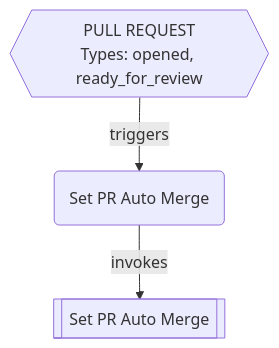
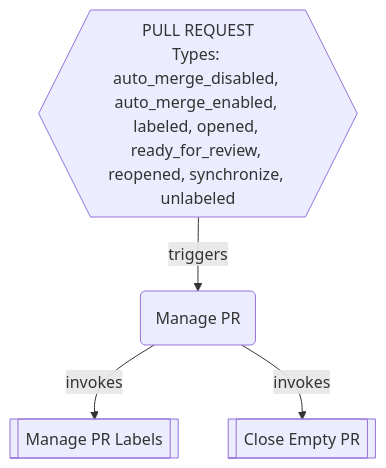
One commit to worgarside/github-config-files changed the first of 5 diagrams in README.md. Above: the diagram before and after it, drawn with Mermaid. The commit also changed other lines of this file and 1 other file, not shown here.

````diff
--- a/README.md
+++ b/README.md
@@ -497,10 +396,12 @@
 ```mermaid
 flowchart TB
-DW-- triggers -->DV
-DV-- invokes -->M
-DV("Set PR Auto Merge")
-DW{{"PULL REQUEST
-Types: opened, ready_for_review
+BT-- triggers -->BS
+BS-- invokes -->AE
+BS-- invokes -->K
+AE[["Manage PR Labels"]]
+BS("Manage PR")
+BT{{"PULL REQUEST
+Types: auto_merge_disabled, auto_merge_enabled, labeled, opened, ready_for_review, reopened, synchronize, unlabeled
 "}}
-M[["Set PR Auto Merge"]]
+K[["Close Empty PR"]]
 ```
````
